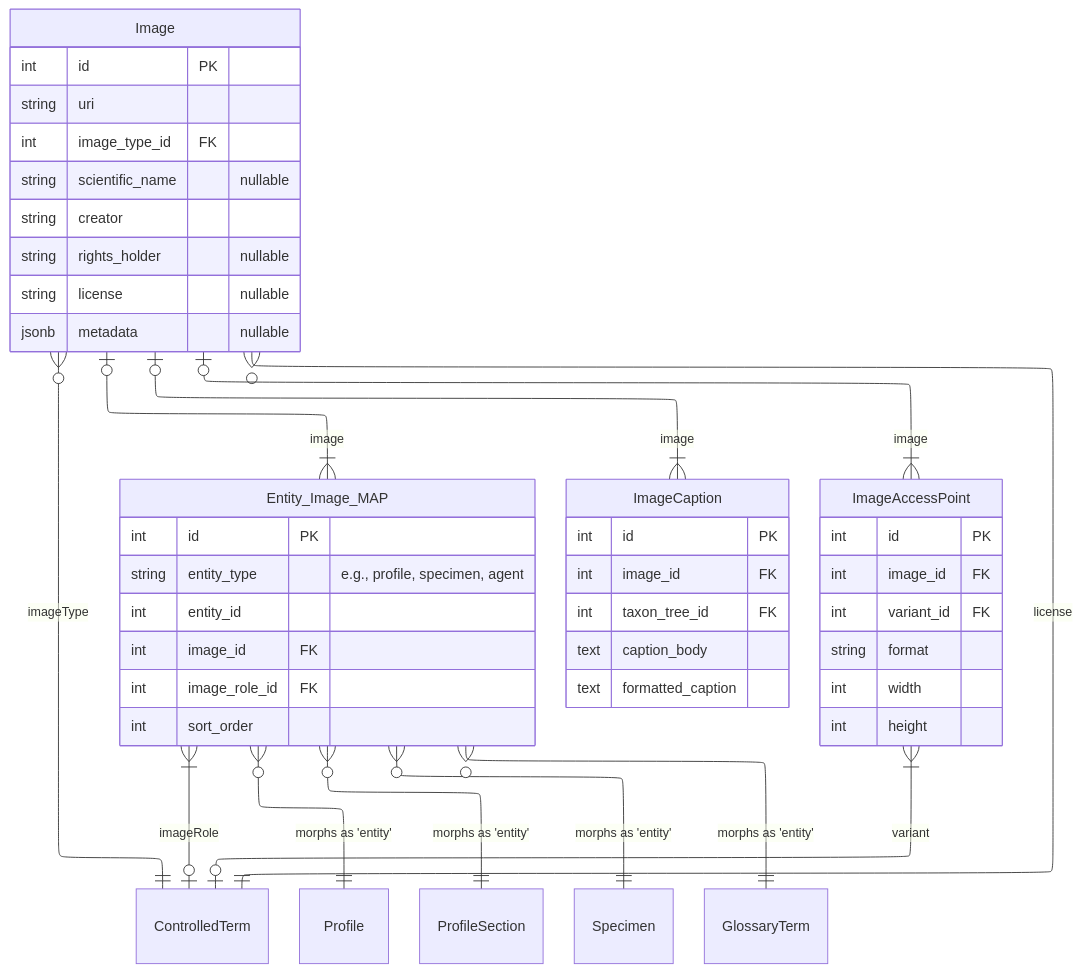
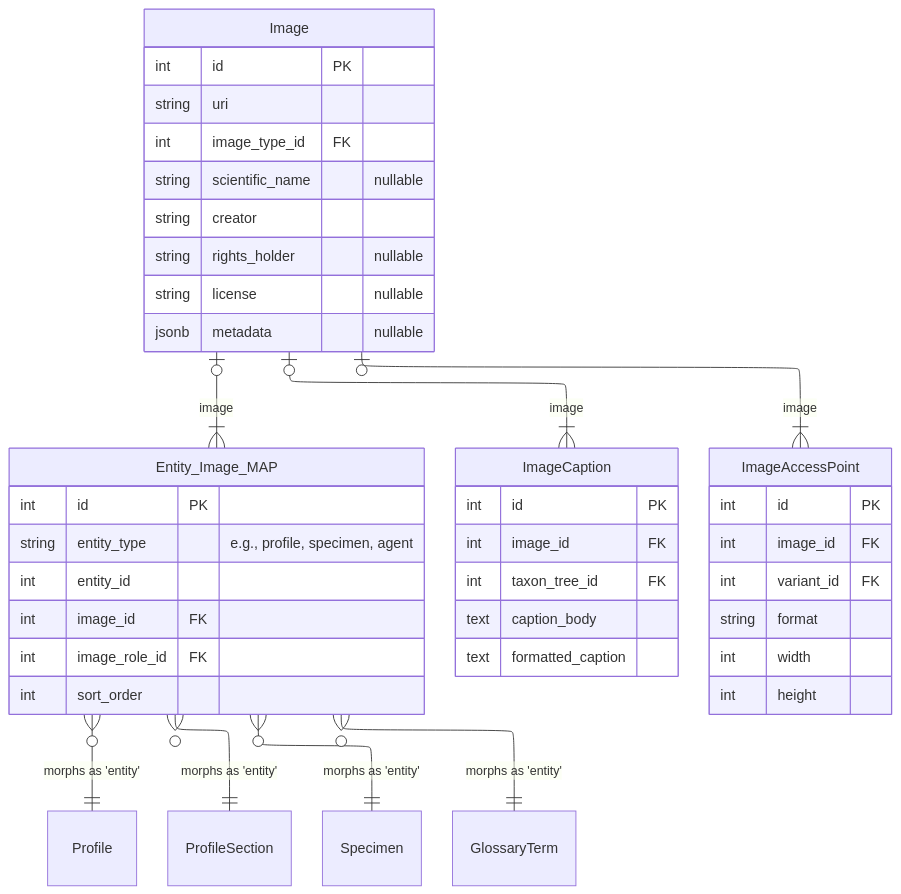
Diagram 14 of 18 in docs/layers.md (vicflora/vicflora-data-model-2026), drawn with Mermaid before and after one commit. The commit also changed other lines of this file and 36 other files, not shown here.

````diff
--- a/docs/layers.md
+++ b/docs/layers.md
@@ -837,60 +835,54 @@
 ```mermaid
 ---
 config:
   layout: elk
 ---
 erDiagram
     Image |o--|{ Entity_Image_MAP : "image"
-    Entity_Image_MAP }|--o| ControlledTerm : "imageRole"
 
     Entity_Image_MAP }o--|| Profile : "morphs as 'entity'"
     Entity_Image_MAP }o--|| ProfileSection : "morphs as 'entity'"
     Entity_Image_MAP }o--|| Specimen : "morphs as 'entity'"
     Entity_Image_MAP }o--|| GlossaryTerm : "morphs as 'entity'"
 
     Image |o--|{ ImageCaption : "image"
 
-    
-    Image }o--|| ControlledTerm : "imageType"
-    Image }o--|| ControlledTerm : "license"
-
     Image |o--|{ ImageAccessPoint : "image"
-    ImageAccessPoint }|--o| ControlledTerm : "variant"
 
     Entity_Image_MAP {
         int id PK
         string entity_type "e.g., profile, specimen, agent"
         int entity_id
         int image_id FK
         int image_role_id FK
         int sort_order
     }
 
     Image {
         int id PK
         string uri
         int image_type_id FK
         string scientific_name "nullable"
         string creator
         string rights_holder "nullable"
         string license "nullable"
         jsonb metadata "nullable"
     }
 
     ImageCaption {
       int id PK
       int image_id FK
       int taxon_tree_id FK
       text caption_body 
       text formatted_caption
     }
 
     ImageAccessPoint {
       int id PK
       int image_id FK
       int variant_id FK
       string format
       int width
       int height
     }
 ```
````
